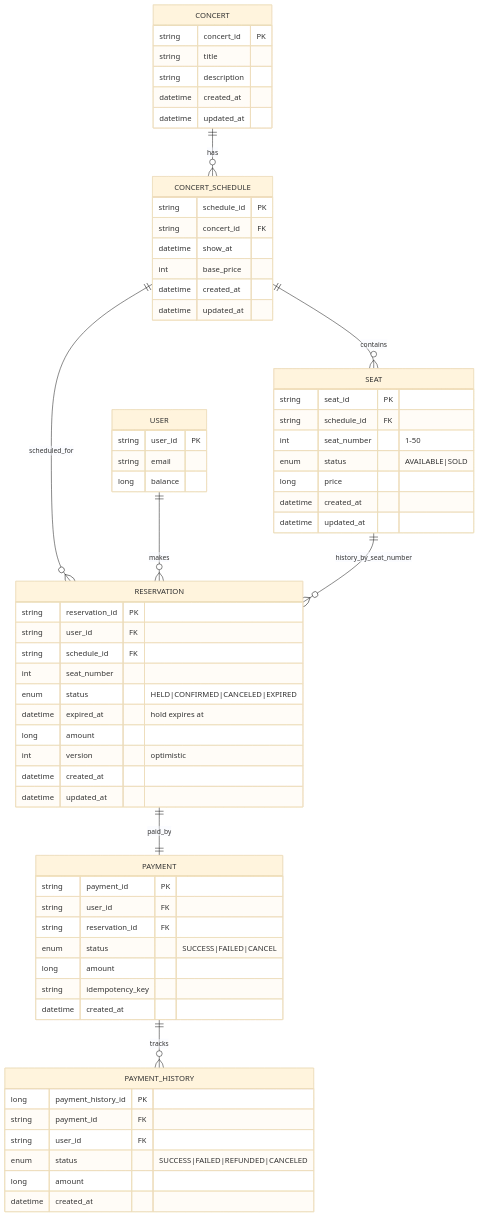
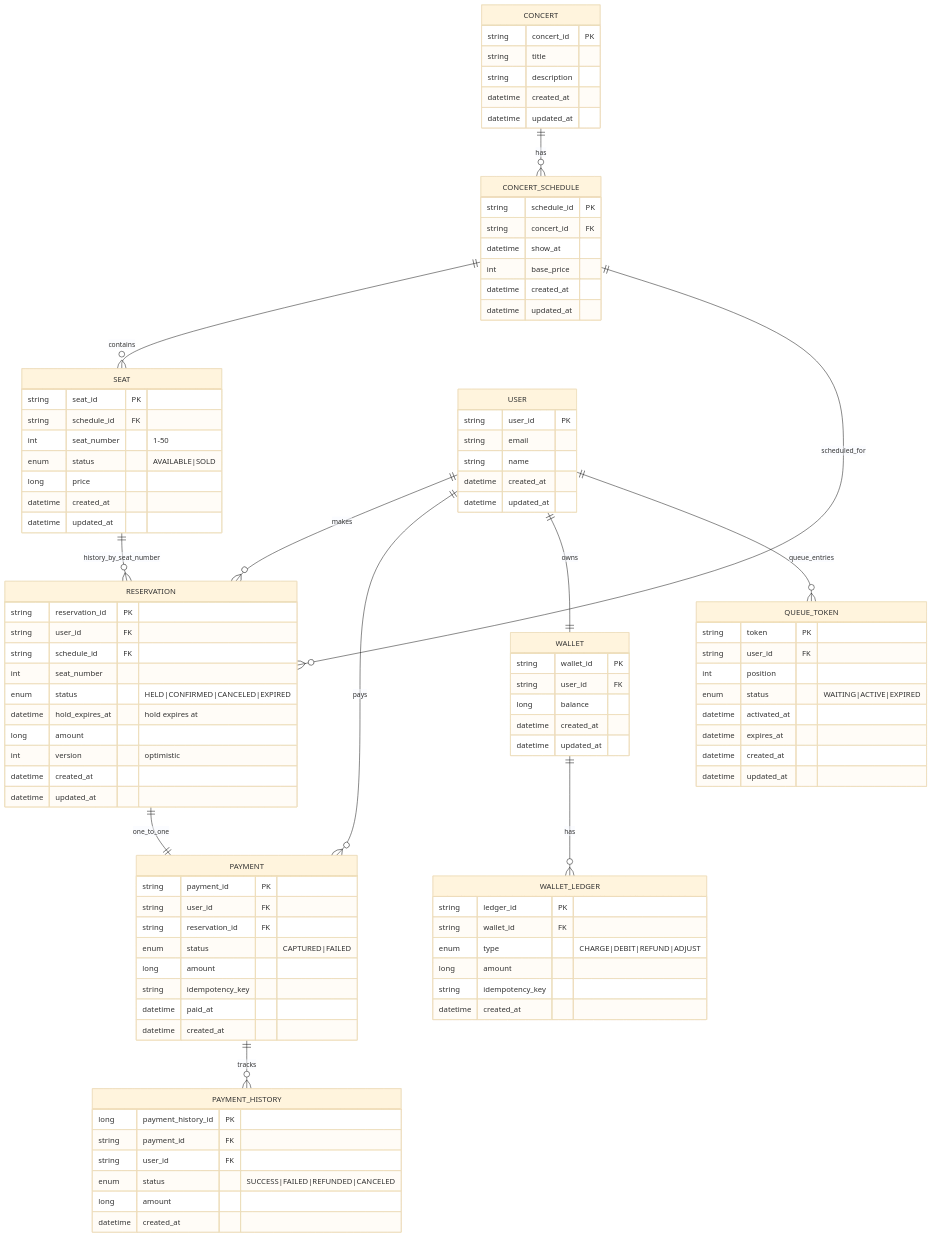
The diagram in docs/erd.md (HanHoeeun/HangHaePlus_server_java), drawn with Mermaid (base theme) before and after one commit. The commit also changed other lines of this file, not shown here.

Commit message:
ERD feedback 기반 추가

````diff
--- a/docs/erd.md
+++ b/docs/erd.md
@@ -90,7 +94,19 @@
   USER {
     string user_id PK
     string email
-    long balance
+    string name
+    datetime created_at
+    datetime updated_at
+  }
+  QUEUE_TOKEN {
+    string token PK
+    string user_id FK
+    int position
+    enum status "WAITING|ACTIVE|EXPIRED"
+    datetime activated_at
+    datetime expires_at
+    datetime created_at
+    datetime updated_at
   }
 
   %% Reservation/Payment
@@ -100,7 +116,7 @@
     string schedule_id FK
     int seat_number
     enum status "HELD|CONFIRMED|CANCELED|EXPIRED"
-    datetime expired_at "hold expires at"
+    datetime hold_expires_at "hold expires at"
     long amount
     int version "optimistic"
     datetime created_at
@@ -110,9 +126,10 @@
     string payment_id PK
     string user_id FK
     string reservation_id FK
-    enum status "SUCCESS|FAILED|CANCEL"
+    enum status "CAPTURED|FAILED"
     long amount
     string idempotency_key
+    datetime paid_at
     datetime created_at
   }
   PAYMENT_HISTORY {
@@ -124,13 +141,34 @@
     datetime created_at
   }
 
-  %% Relationships
+%% Wallet
+  WALLET {
+    string wallet_id PK
+    string user_id FK
+    long balance
+    datetime created_at
+    datetime updated_at
+  }
+  WALLET_LEDGER {
+    string ledger_id PK
+    string wallet_id FK
+    enum type "CHARGE|DEBIT|REFUND|ADJUST"
+    long amount
+    string idempotency_key
+    datetime created_at
+  }
+  
+%% Relationships
   CONCERT ||--o{ CONCERT_SCHEDULE : has
   CONCERT_SCHEDULE ||--o{ SEAT : contains
   CONCERT_SCHEDULE ||--o{ RESERVATION : scheduled_for
+  SEAT ||--o{ RESERVATION : history_by_seat_number
   USER ||--o{ RESERVATION : makes
-  RESERVATION ||--|| PAYMENT : paid_by
+  USER ||--o{ PAYMENT : pays
+  RESERVATION ||--|| PAYMENT : one_to_one
   PAYMENT ||--o{ PAYMENT_HISTORY : tracks
-  SEAT ||--o{ RESERVATION : history_by_seat_number
+  USER ||--|| WALLET : owns
+  WALLET ||--o{ WALLET_LEDGER : has
+  USER ||--o{ QUEUE_TOKEN : queue_entries
 
 ```
````
